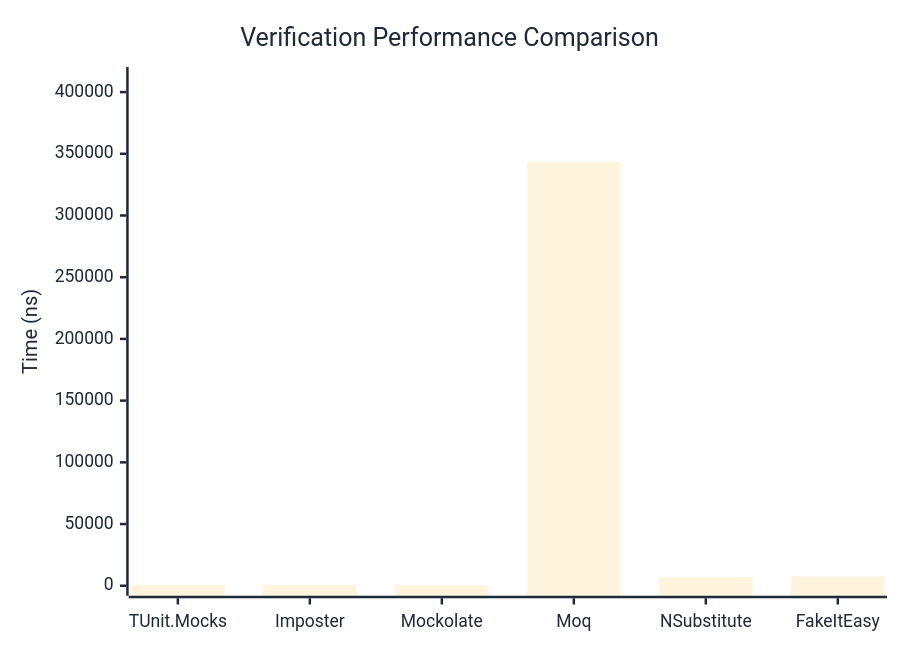
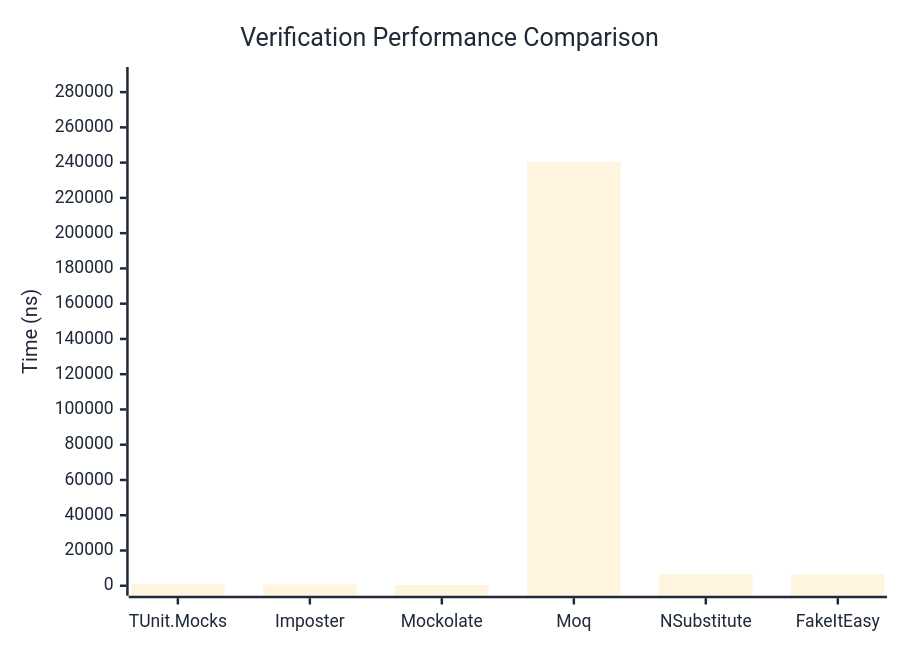
One commit to thomhurst/TUnit changed the first of 3 diagrams in docs/docs/benchmarks/mocks/Verification.md. Above: the diagram before and after it, drawn with Mermaid. The commit also changed other lines of this file and 14 other files, not shown here.

````diff
--- a/docs/docs/benchmarks/mocks/Verification.md
+++ b/docs/docs/benchmarks/mocks/Verification.md
@@ -30,27 +30,27 @@
 ```mermaid
 %%{init: {
   'theme':'base',
   'themeVariables': {
     'primaryColor': '#2563eb',
     'primaryTextColor': '#1f2937',
     'primaryBorderColor': '#1e40af',
     'lineColor': '#6b7280',
     'secondaryColor': '#7c3aed',
     'tertiaryColor': '#dc2626',
     'background': '#ffffff',
     'pie1': '#2563eb',
     'pie2': '#7c3aed',
     'pie3': '#dc2626',
     'pie4': '#f59e0b',
     'pie5': '#10b981',
     'pie6': '#06b6d4',
     'pie7': '#ec4899',
     'pie8': '#6366f1'
   }
 }}%%
 xychart-beta
   title "Verification Performance Comparison"
   x-axis ["TUnit.Mocks", "Imposter", "Mockolate", "Moq", "NSubstitute", "FakeItEasy"]
-  y-axis "Time (ns)" 0 --> 412212
-  bar [708.54, 732.6, 395.11, 343509.42, 7010.84, 7523.84]
+  y-axis "Time (ns)" 0 --> 288577
+  bar [760.75, 680.8, 398.57, 240480.1, 6464.94, 6411.13]
 ```
````
